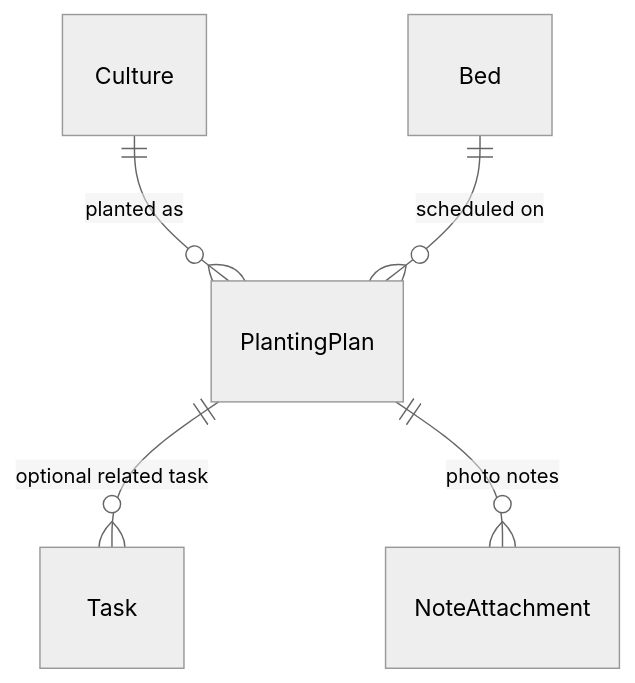
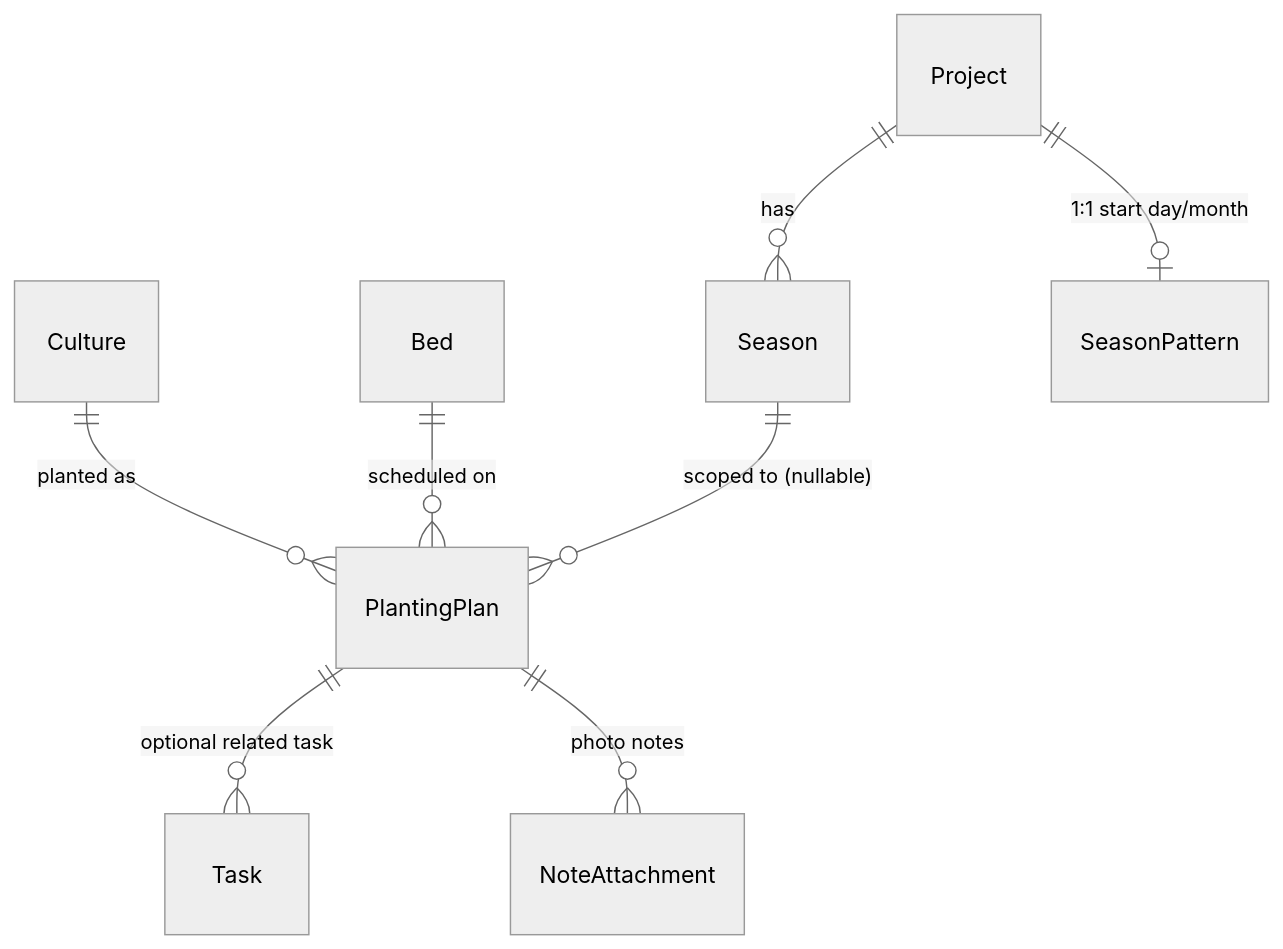
Before and after one commit to OpenFarmPlanner/OpenFarmPlanner: the fourth of 6 diagrams in docs/data-model.md, drawn with Mermaid (neutral theme). The commit also changed other lines of this file and 46 other files, not shown here.

````diff
--- a/docs/data-model.md
+++ b/docs/data-model.md
@@ -151,7 +151,10 @@
 ```mermaid
 erDiagram
     Culture ||--o{ PlantingPlan : "planted as"
     Bed ||--o{ PlantingPlan : "scheduled on"
+    Season ||--o{ PlantingPlan : "scoped to (nullable)"
+    Project ||--o| SeasonPattern : "1:1 start day/month"
+    Project ||--o{ Season : has
     PlantingPlan ||--o{ Task : "optional related task"
     PlantingPlan ||--o{ NoteAttachment : "photo notes"
 ```
````
